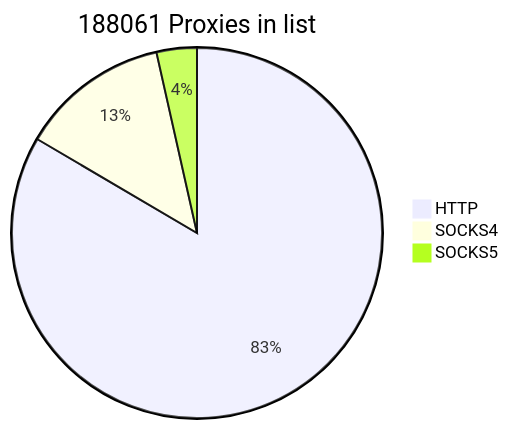
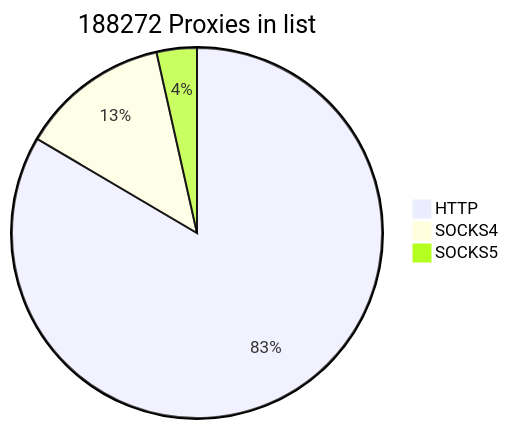
The first of 2 diagrams in README.md (cutipu/proxylist), drawn with Mermaid before and after one commit. The commit also changed other lines of this file, not shown here.

````diff
--- a/README.md
+++ b/README.md
@@ -2,7 +2,7 @@
 ```mermaid
-pie title 188061 Proxies in list
-    "HTTP" : 156951
-    "SOCKS4" : 24500
-    "SOCKS5" : 6610
+pie title 188272 Proxies in list
+    "HTTP" : 157162
+    "SOCKS4" : 24502
+    "SOCKS5" : 6608
             
 ```
````
